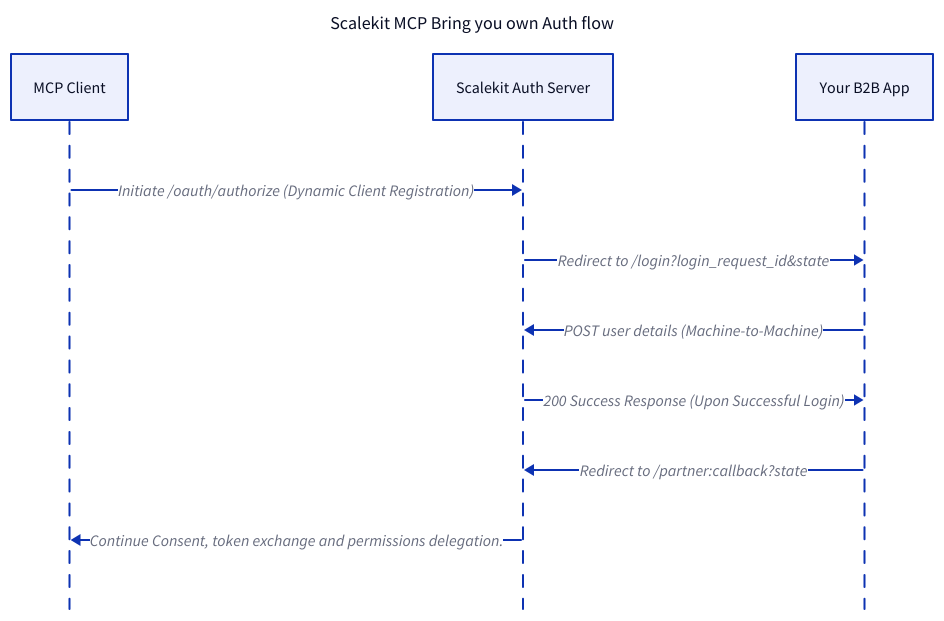
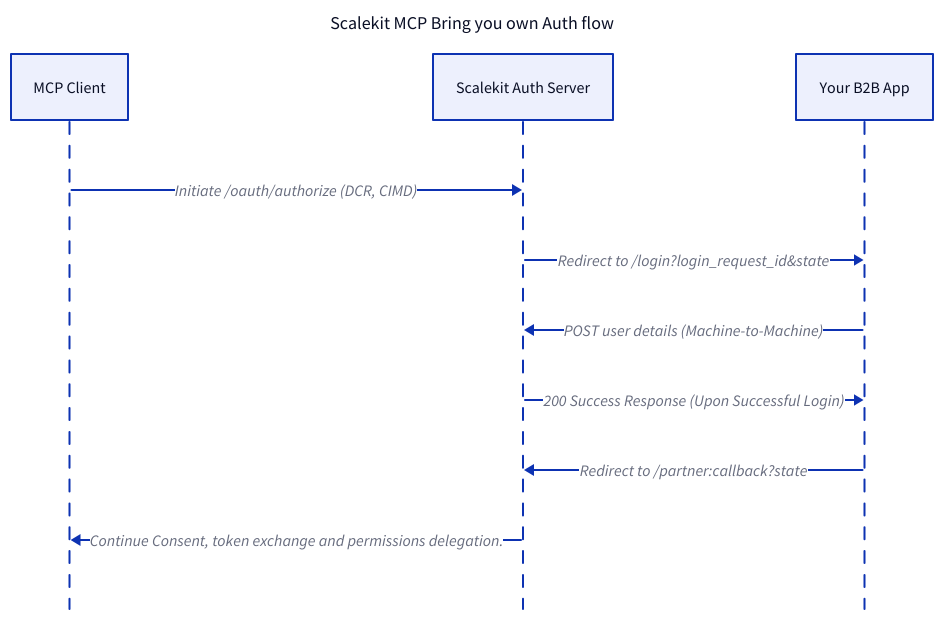
Before and after one commit to scalekit-inc/developer-docs: the diagram in src/content/docs/mcp/auth-methods/custom-auth.mdx, drawn with D2. The commit also changed 8 other files, not shown here.

````diff
--- a/src/content/docs/mcp/auth-methods/custom-auth.mdx
+++ b/src/content/docs/mcp/auth-methods/custom-auth.mdx
@@ -39,16 +39,16 @@
 ```d2 pad=36
 title: "Scalekit MCP Bring you own Auth flow" {
   near: top-center
   shape: text
   style.font-size: 18
 }
 
 shape: sequence_diagram
 
-MCP Client -> Scalekit Auth Server: Initiate /oauth/authorize (Dynamic Client Registration)
+MCP Client -> Scalekit Auth Server: Initiate /oauth/authorize (DCR, CIMD)
 Scalekit Auth Server ->  Your B2B App: Redirect to /login?login_request_id&state
 Your B2B App -> Scalekit Auth Server: POST user details (Machine-to-Machine)
 Scalekit Auth Server ->  Your B2B App: 200 Success Response (Upon Successful Login)
 Your B2B App -> Scalekit Auth Server: Redirect to /partner:callback?state
 Scalekit Auth Server -> MCP Client: Continue Consent, token exchange and permissions delegation.
 ```
````
